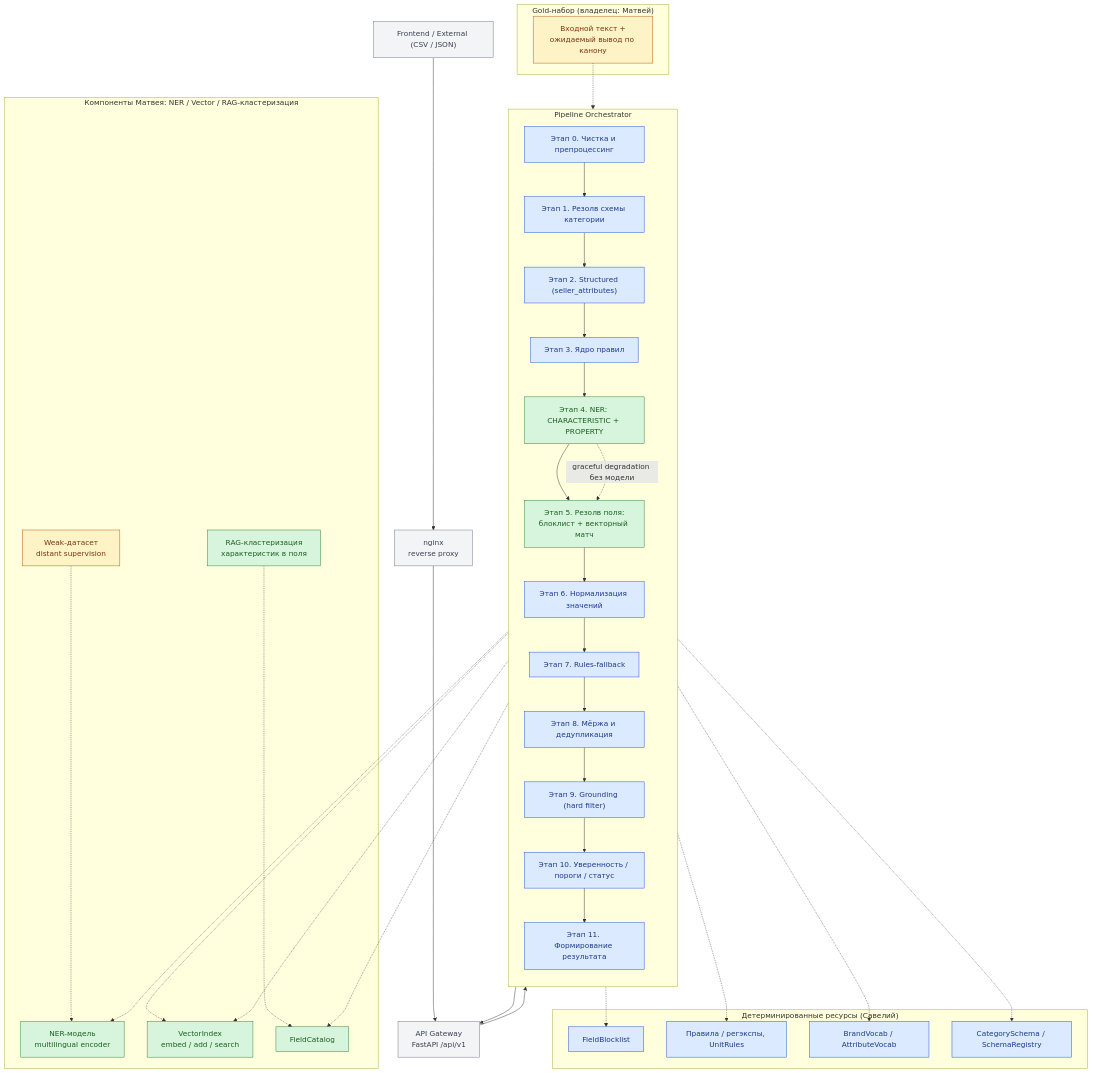
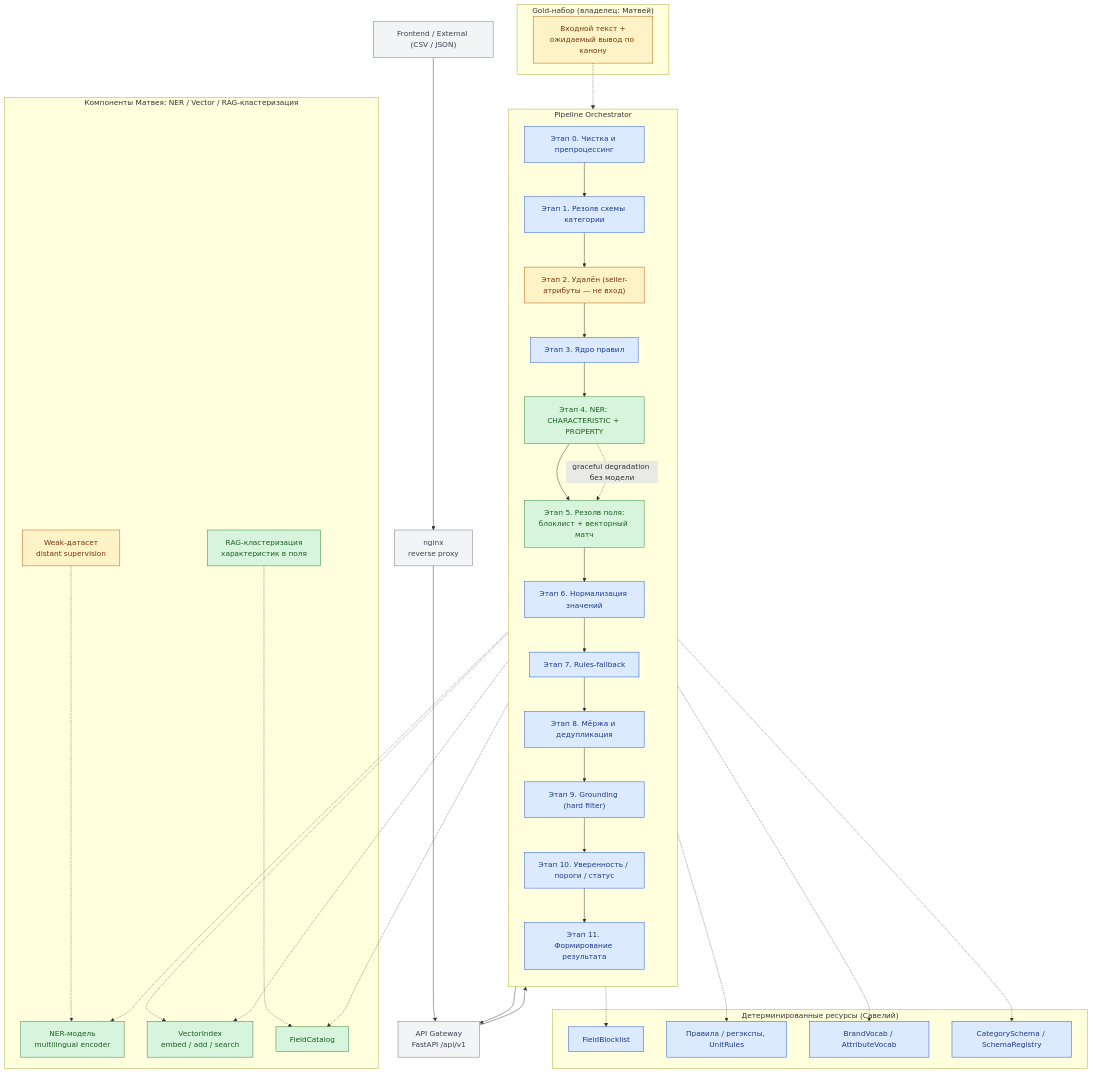
One commit to Mitoshi-Team/specflow changed the diagram in services/attribute_extractor/README.md. Above: the diagram before and after it, drawn with Mermaid. The commit also changed other lines of this file and 15 other files, not shown here.

````diff
--- a/services/attribute_extractor/README.md
+++ b/services/attribute_extractor/README.md
@@ -45,64 +45,64 @@
 ```mermaid
 flowchart TD
     classDef ours fill:#d7f5dd,stroke:#2e7d32,color:#1b5e20;
     classDef det fill:#dbeafe,stroke:#1d4ed8,color:#1e3a8a;
     classDef infra fill:#f3f4f6,stroke:#6b7280,color:#374151;
     classDef data fill:#fef3c7,stroke:#b45309,color:#78350f;
 
     UI["Frontend / External (CSV / JSON)"]:::infra
     NG["nginx<br/>reverse proxy"]:::infra
     GW["API Gateway<br/>FastAPI /api/v1"]:::infra
 
     subgraph ORCH["Pipeline Orchestrator"]
         direction TB
         S0["Этап 0. Чистка и препроцессинг"]:::det
         S1["Этап 1. Резолв схемы категории"]:::det
-        S2["Этап 2. Structured (seller_attributes)"]:::det
+        S2["Этап 2. Удалён (seller-атрибуты — не вход)"]:::data
         S3["Этап 3. Ядро правил"]:::det
         S4["Этап 4. NER: CHARACTERISTIC + PROPERTY"]:::ours
         S5["Этап 5. Резолв поля:<br/>блоклист + векторный матч"]:::ours
         S6["Этап 6. Нормализация значений"]:::det
         S7["Этап 7. Rules-fallback"]:::det
         S8["Этап 8. Мёржа и дедупликация"]:::det
         S9["Этап 9. Grounding (hard filter)"]:::det
         S10["Этап 10. Уверенность / пороги / статус"]:::det
         S11["Этап 11. Формирование результата"]:::det
     end
 
     subgraph ML["Компоненты Матвея: NER / Vector / RAG-кластеризация"]
         NER["NER-модель<br/>multilingual encoder"]:::ours
         VI["VectorIndex<br/>embed / add / search"]:::ours
         CAT["FieldCatalog"]:::ours
         CLUS["RAG-кластеризация<br/>характеристик в поля"]:::ours
         WD["Weak-датасет<br/>distant supervision"]:::data
     end
 
     subgraph DETCOMP["Детерминированные ресурсы (Савелий)"]
         BL["FieldBlocklist"]:::det
         RULES["Правила / регэкспы, UnitRules"]:::det
         VOC["BrandVocab / AttributeVocab"]:::det
         SCH["CategorySchema / SchemaRegistry"]:::det
     end
 
     subgraph GOLD["Gold-набор (владелец: Матвей)"]
         G["Входной текст +<br/>ожидаемый вывод по канону"]:::data
     end
 
     UI --> NG --> GW --> S0
     S0 --> S1 --> S2 --> S3 --> S4 --> S5 --> S6 --> S7 --> S8 --> S9 --> S10 --> S11
     S11 --> GW
 
     S1 -.-> SCH
     S3 -.-> RULES
     S6 -.-> VOC
     S5 -.-> BL
     S4 -.-> NER
     S4 -.-> VI
     S5 -.-> VI
     S5 -.-> CAT
     CLUS -.-> CAT
     WD -.-> NER
     G -.-> S10
 
     S4 -.->|"graceful degradation без модели"| S5
 ```
````
